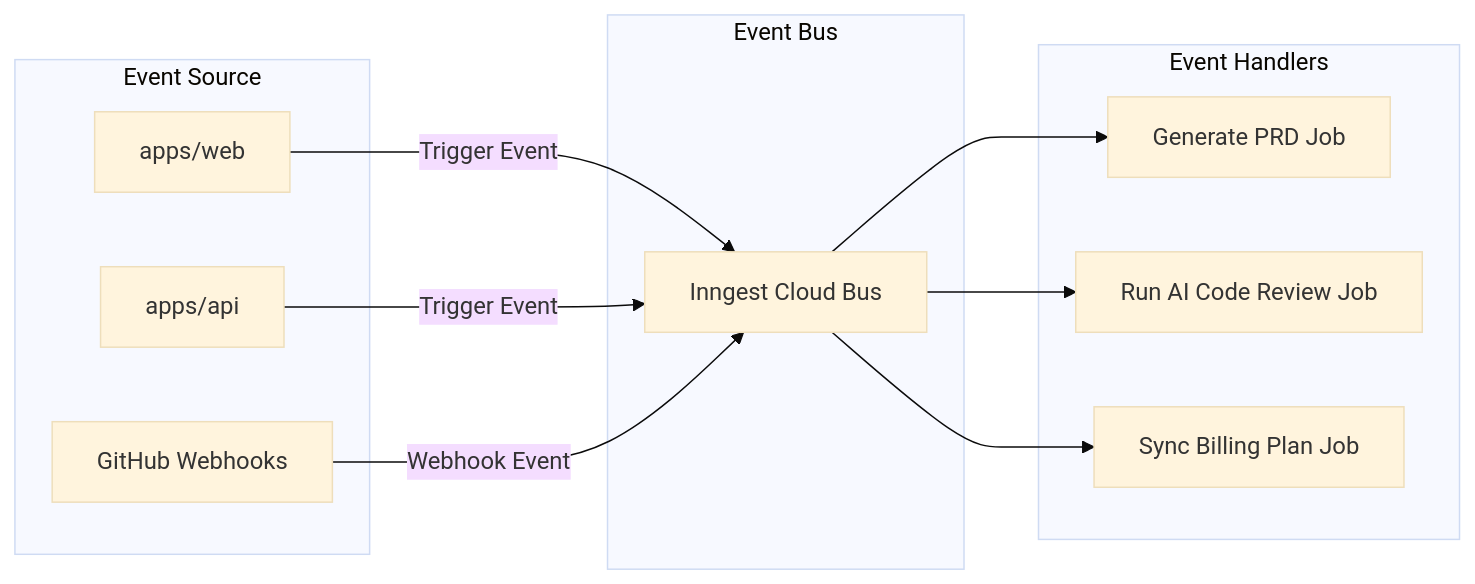
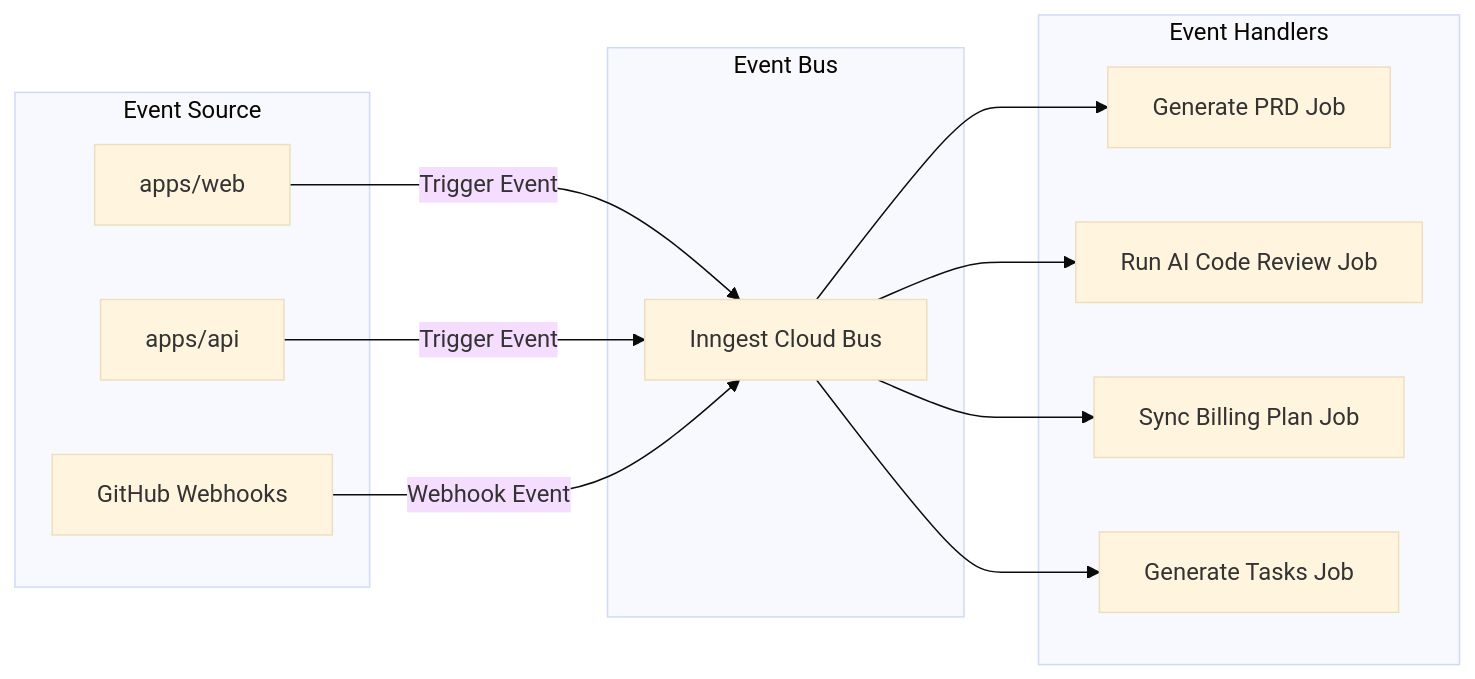
Before and after one commit to Satya7250/Launchly: the sixth of 6 diagrams in docs/architecture.md, drawn with Mermaid (base theme). The commit also changed other lines of this file and 37 other files, not shown here.

Commit message:
feat: initialize database schema with Drizzle, set up AI task-generation pipelines, and scaffold core architecture modules.

````diff
--- a/docs/architecture.md
+++ b/docs/architecture.md
@@ -166,26 +223,28 @@
 ```mermaid
 graph LR
     subgraph Event Source
         web["apps/web"]
         api["apps/api"]
         github["GitHub Webhooks"]
     end
 
     subgraph Event Bus
         inngest["Inngest Cloud Bus"]
     end
 
     subgraph Event Handlers
         prd_job["Generate PRD Job"]
         review_job["Run AI Code Review Job"]
         billing_job["Sync Billing Plan Job"]
+        task_job["Generate Tasks Job"]
     end
 
     web -->|Trigger Event| inngest
     api -->|Trigger Event| inngest
     github -->|Webhook Event| inngest
 
     inngest --> prd_job
     inngest --> review_job
     inngest --> billing_job
+    inngest --> task_job
 ```
````
